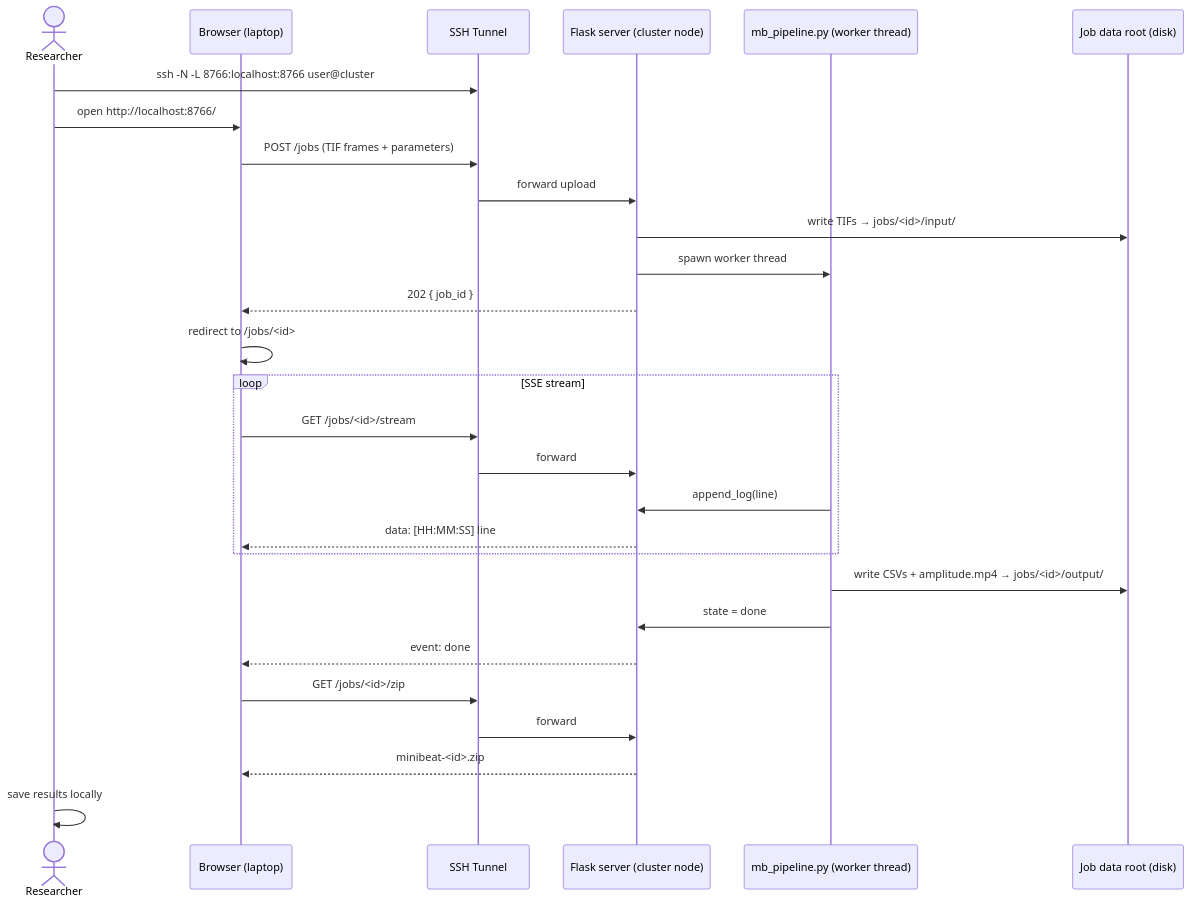
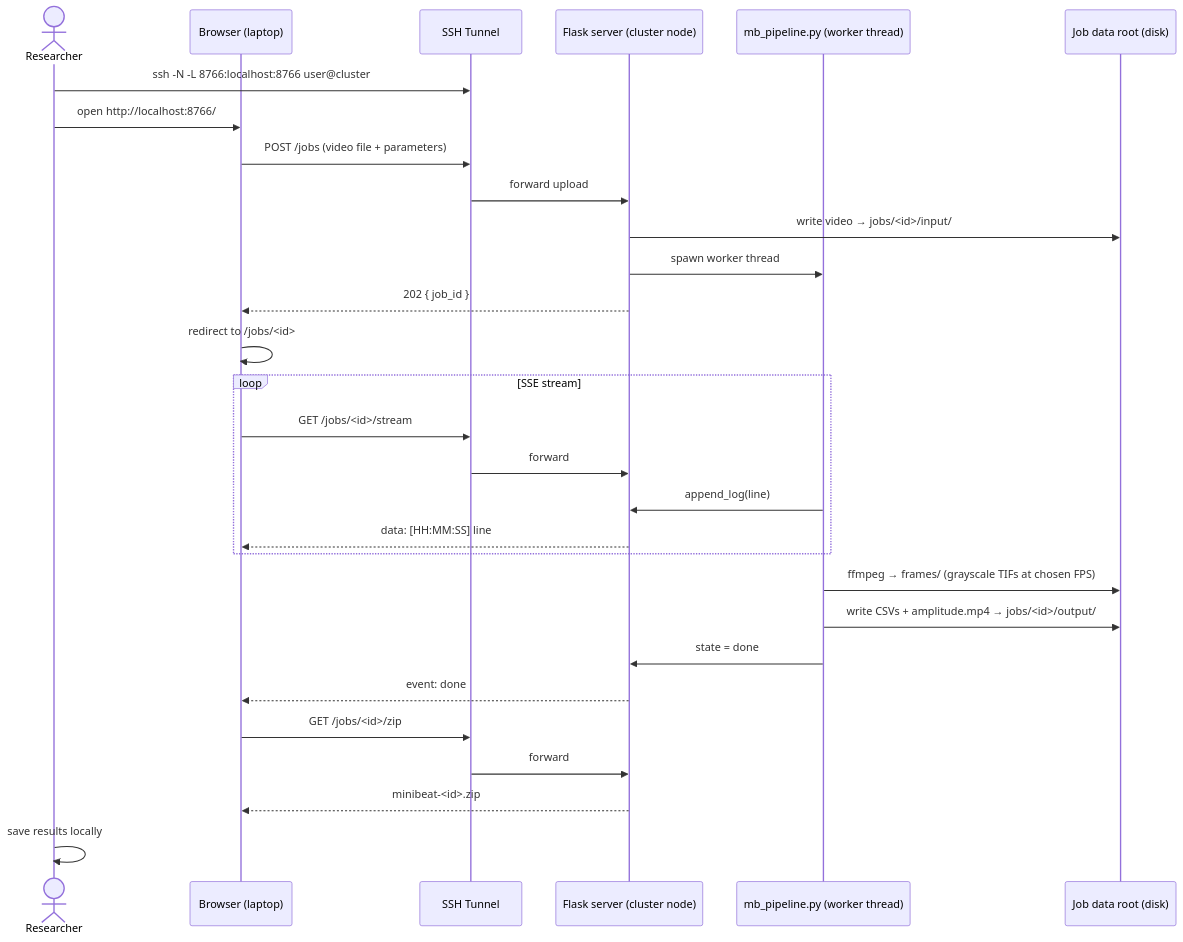
The diagram in minibeat-hpc-tracker/README.md (rabravo/minibeat-tracker), drawn with Mermaid before and after one commit. The commit also changed other lines of this file and 5 other files, not shown here.

First line of the commit message:
minibeat-hpc-tracker: switch input from TIF upload to video upload

````diff
--- a/minibeat-hpc-tracker/README.md
+++ b/minibeat-hpc-tracker/README.md
@@ -14,35 +14,36 @@
 ```mermaid
 sequenceDiagram
     actor R as Researcher
     participant B as Browser (laptop)
     participant T as SSH Tunnel
     participant S as Flask server (cluster node)
     participant P as mb_pipeline.py (worker thread)
     participant D as Job data root (disk)
 
     R->>T: ssh -N -L 8766:localhost:8766 user@cluster
     R->>B: open http://localhost:8766/
 
-    B->>T: POST /jobs  (TIF frames + parameters)
+    B->>T: POST /jobs  (video file + parameters)
     T->>S: forward upload
-    S->>D: write TIFs → jobs/<id>/input/
+    S->>D: write video → jobs/<id>/input/
     S->>P: spawn worker thread
     S-->>B: 202 { job_id }
     B->>B: redirect to /jobs/<id>
 
     loop SSE stream
         B->>T: GET /jobs/<id>/stream
         T->>S: forward
         P->>S: append_log(line)
         S-->>B: data: [HH:MM:SS] line
     end
 
+    P->>D: ffmpeg → frames/ (grayscale TIFs at chosen FPS)
     P->>D: write CSVs + amplitude.mp4 → jobs/<id>/output/
     P->>S: state = done
 
     S-->>B: event: done
     B->>T: GET /jobs/<id>/zip
     T->>S: forward
     S-->>B: minibeat-<id>.zip
     R->>R: save results locally
 ```
````
